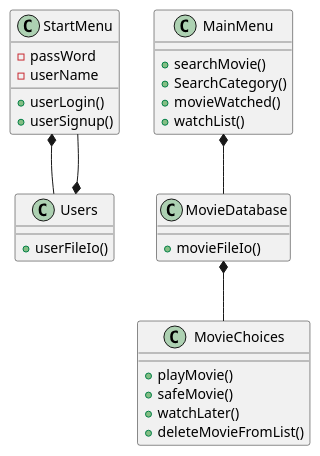
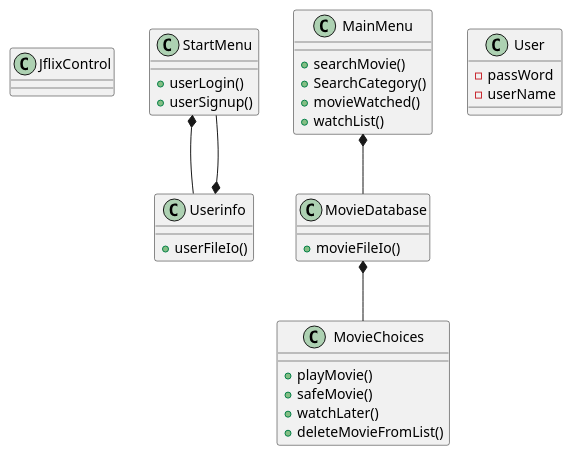
Before and after one commit to JuliusLansner/SP3-J: the diagram in sp33/src/sp3.puml, drawn with PlantUML.

```diff
--- a/sp33/src/sp3.puml
+++ b/sp33/src/sp3.puml
@@ -1,33 +1,41 @@
 @startuml
+
+class JflixControl
+
 class StartMenu
-StartMenu : -passWord
-StartMenu : -userName
+
 StartMenu : + userLogin()
 StartMenu : + userSignup()
 
 class MainMenu
 MainMenu : +searchMovie()
 MainMenu : +SearchCategory()
 MainMenu : +movieWatched()
 MainMenu : +watchList()
 
-class Users
-Users : +userFileIo()
+class Userinfo
+Userinfo : +userFileIo()
+
+
+class User
+User : -passWord
+User : -userName
+
 
 class MovieDatabase
 MovieDatabase : +movieFileIo()
 
 class MovieChoices
 MovieChoices : +playMovie()
 MovieChoices : +safeMovie()
 MovieChoices : +watchLater()
 MovieChoices : +deleteMovieFromList()
 
 
 MainMenu *-- MovieDatabase
 MovieDatabase *-- MovieChoices
-StartMenu *-- Users
-StartMenu --* Users
+StartMenu *-- Userinfo
+StartMenu --* Userinfo
 
 
 @enduml
```
